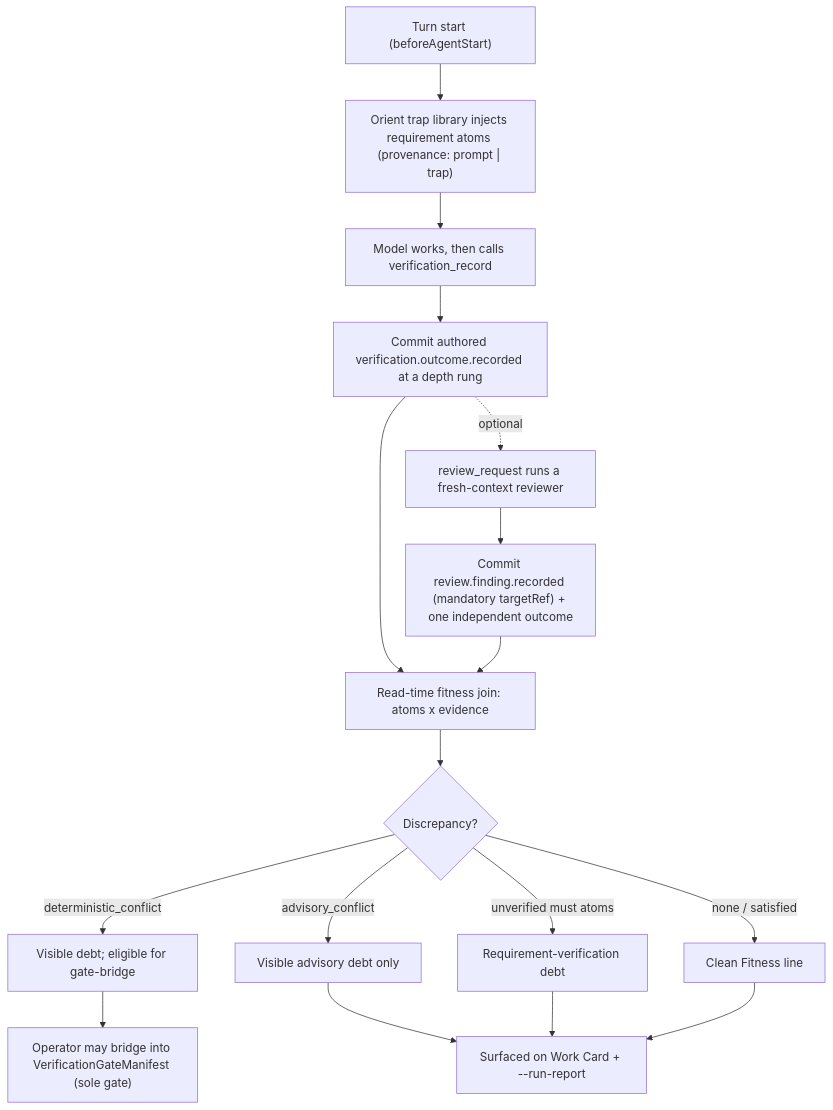
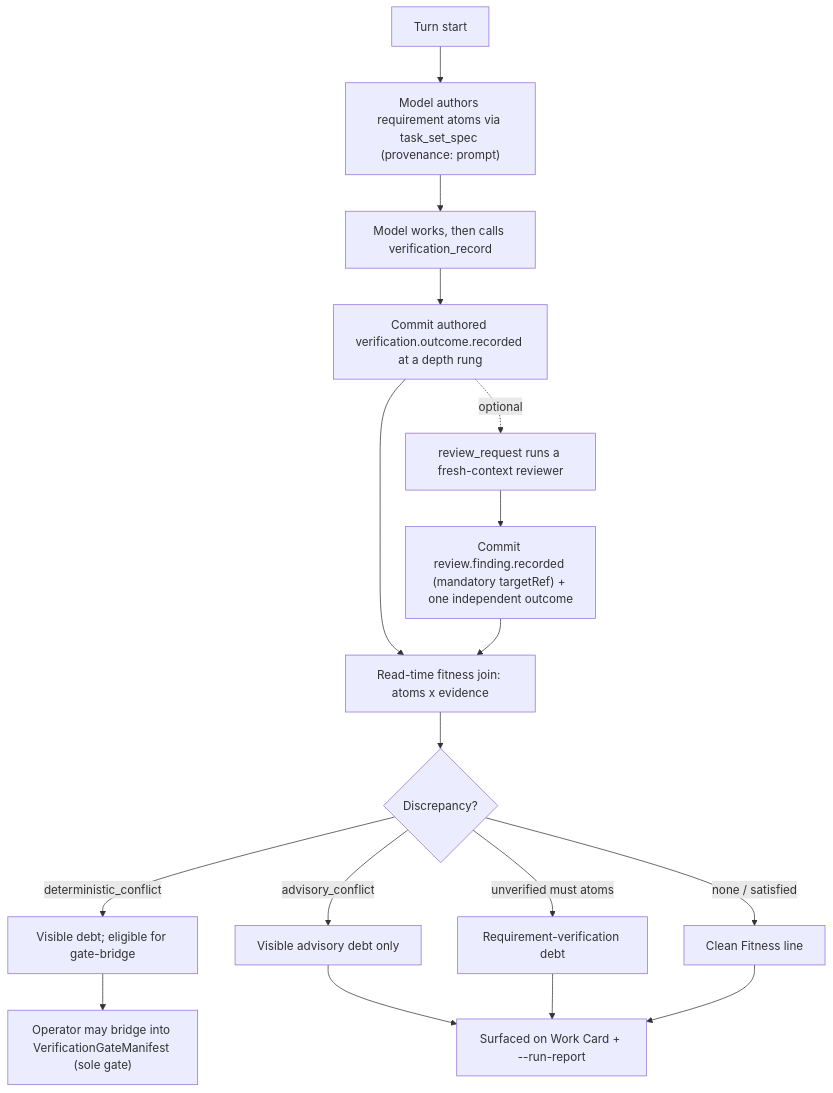
One commit to arcthur/brewva changed the diagram in docs/journeys/operator/verification-and-independent-review.md. Above: the diagram before and after it, drawn with Mermaid. The commit also changed other lines of this file and 63 other files, not shown here.

````diff
--- a/docs/journeys/operator/verification-and-independent-review.md
+++ b/docs/journeys/operator/verification-and-independent-review.md
@@ -55,19 +53,19 @@
 ```mermaid
 flowchart TD
-  A["Turn start (beforeAgentStart)"] --> B["Orient trap library injects requirement atoms (provenance: prompt | trap)"]
+  A["Turn start"] --> B["Model authors requirement atoms via task_set_spec (provenance: prompt)"]
   B --> C["Model works, then calls verification_record"]
   C --> D["Commit authored verification.outcome.recorded at a depth rung"]
   D -.->|optional| E["review_request runs a fresh-context reviewer"]
   E --> F["Commit review.finding.recorded (mandatory targetRef) + one independent outcome"]
   D --> G["Read-time fitness join: atoms x evidence"]
   F --> G
   G --> H{"Discrepancy?"}
   H -->|deterministic_conflict| I["Visible debt; eligible for gate-bridge"]
   H -->|advisory_conflict| J["Visible advisory debt only"]
   H -->|unverified must atoms| N["Requirement-verification debt"]
   H -->|none / satisfied| K["Clean Fitness line"]
   I --> L["Operator may bridge into VerificationGateManifest (sole gate)"]
   J --> M["Surfaced on Work Card + --run-report"]
   N --> M
   K --> M
 ```
````
